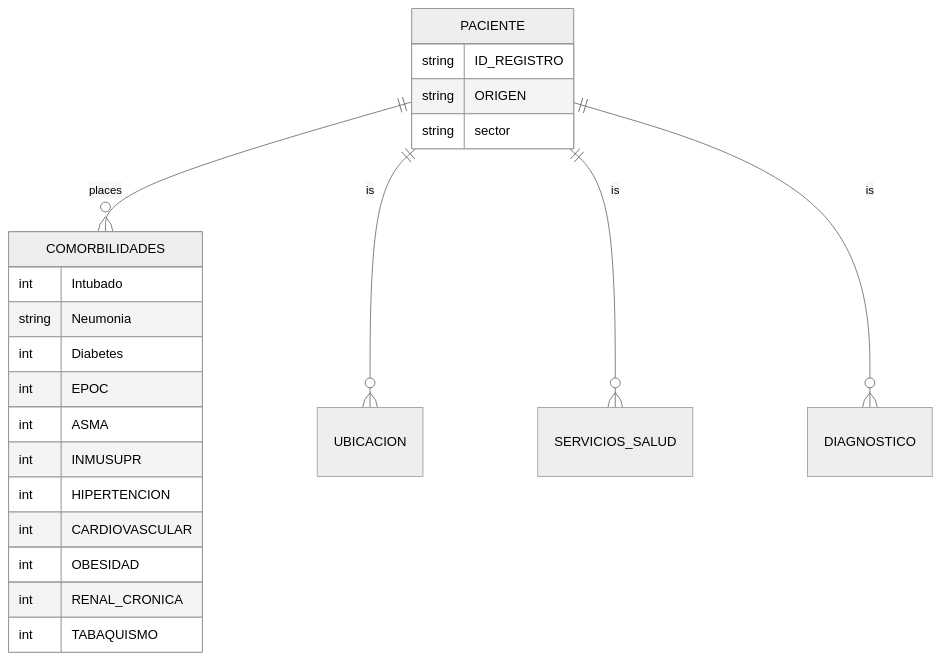
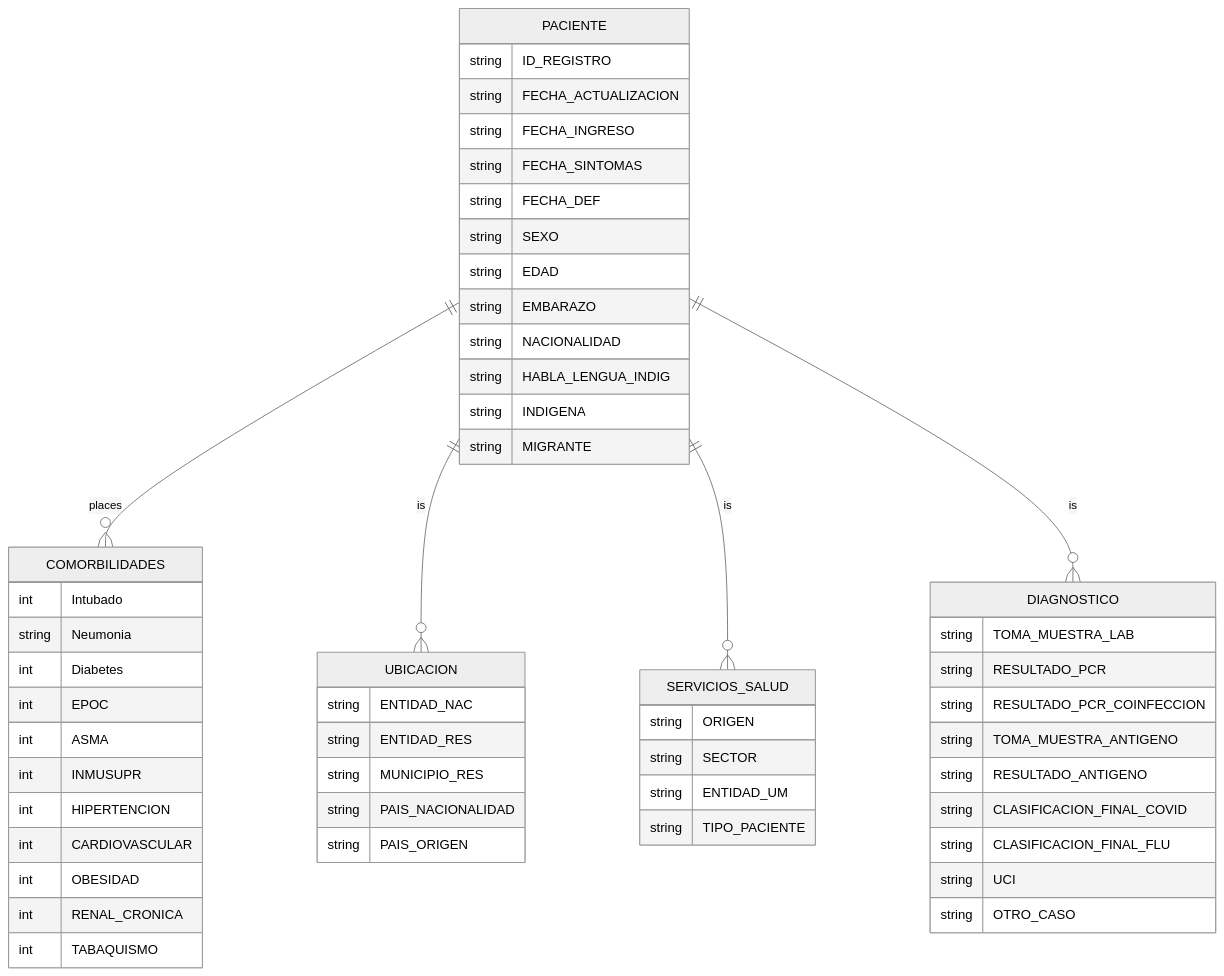
The diagram in Tarea2_EntidadRelacion.md (Gus-oss/MCD_BDR_2025), drawn with Mermaid (neutral theme) before and after one commit.

Commit message:
E-R intento 5

`````diff
--- a/Tarea2_EntidadRelacion.md
+++ b/Tarea2_EntidadRelacion.md
@@ -10,26 +10,72 @@
 ```mermaid
 erDiagram
     PACIENTE ||--o{ COMORBILIDADES : places
     PACIENTE ||--o{ UBICACION : is
     PACIENTE ||--o{ SERVICIOS_SALUD: is
     PACIENTE ||--o{ DIAGNOSTICO: is
     PACIENTE {
-        string ID_REGISTRO       
+        string ID_REGISTRO
+        string FECHA_ACTUALIZACION
+        string FECHA_INGRESO 
+        string FECHA_SINTOMAS
+        string FECHA_DEF
+        string SEXO    
+        string EDAD
+        string EMBARAZO
+        string NACIONALIDAD
+        string HABLA_LENGUA_INDIG
+        string INDIGENA
+        string MIGRANTE    
+
+    }
+
+    UBICACION
+    UBICACION {
+        string ENTIDAD_NAC
+        string ENTIDAD_RES
+        string MUNICIPIO_RES
+        string PAIS_NACIONALIDAD
+        string PAIS_ORIGEN
+
+    }
+
+    SERVICIOS_SALUD
+    SERVICIOS_SALUD {
         string ORIGEN
-        string sector
+        string SECTOR
+        string ENTIDAD_UM
+        string TIPO_PACIENTE
+
+
     }
+
     COMORBILIDADES  
     COMORBILIDADES  {
         int Intubado
         string Neumonia
         int Diabetes
         int EPOC
         int ASMA
         int INMUSUPR
         int HIPERTENCION
         int CARDIOVASCULAR
         int OBESIDAD
         int RENAL_CRONICA
         int TABAQUISMO
     }
+
+    DIAGNOSTICO
+    DIAGNOSTICO {
+        string TOMA_MUESTRA_LAB
+        string  RESULTADO_PCR 
+        string RESULTADO_PCR_COINFECCION
+        string TOMA_MUESTRA_ANTIGENO
+        string RESULTADO_ANTIGENO
+        string CLASIFICACION_FINAL_COVID
+        string CLASIFICACION_FINAL_FLU
+        string UCI
+        string OTRO_CASO
+
+
+    }
 ````
`````
